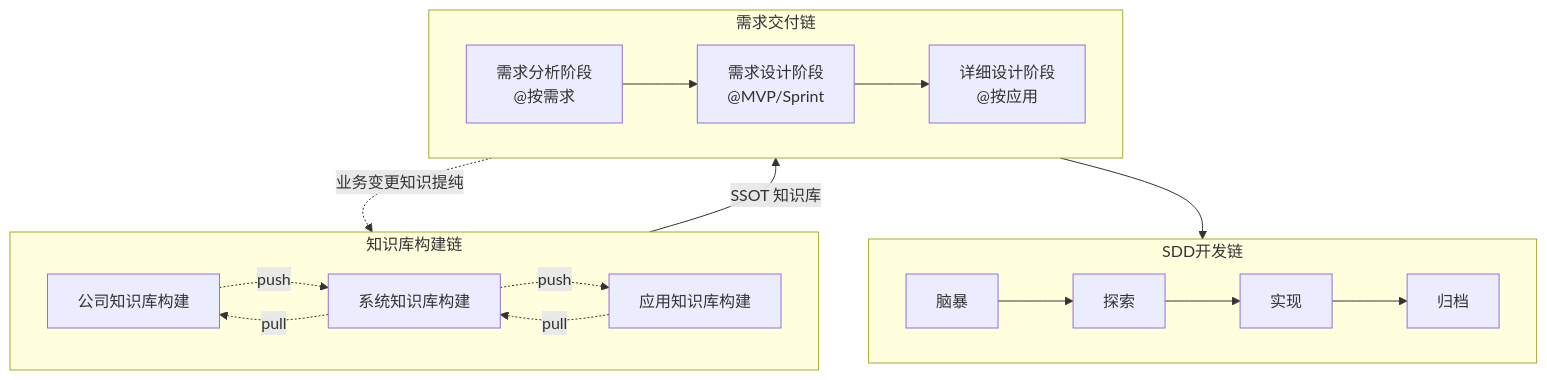
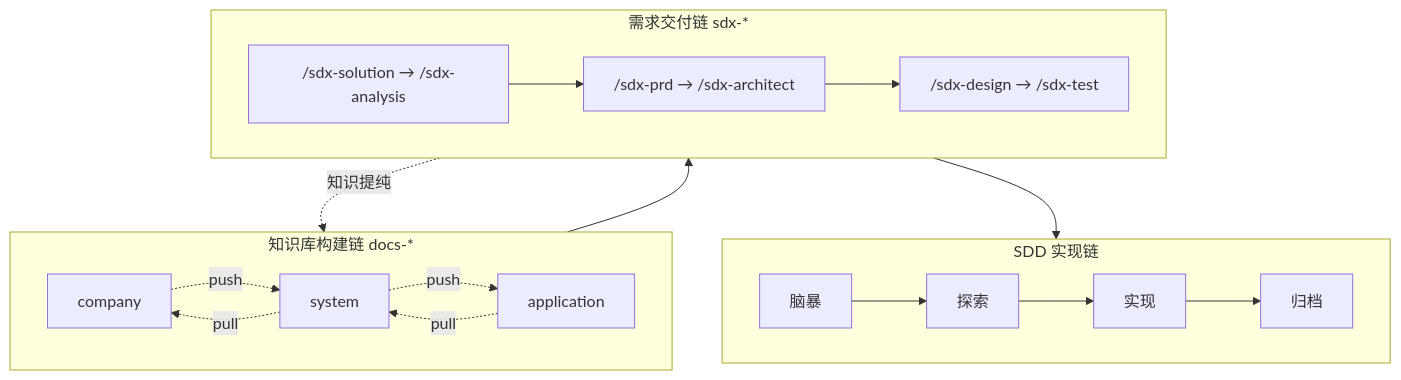
The diagram in README.md (oleewen/ai-knowledge), drawn with Mermaid before and after one commit. The commit also changed other lines of this file and 4 other files, not shown here.

````diff
--- a/README.md
+++ b/README.md
@@ -191,27 +147,18 @@
 ```mermaid
 flowchart TD
-    subgraph KB["知识库构建链"]
+    subgraph KB["知识库构建链 docs-*"]
         direction LR
-        KB_COMPANY["公司知识库构建"]
-        KB_SYSTEM["系统知识库构建"]
-        KB_APP["应用知识库构建"]
-
-        KB_COMPANY -. push .-> KB_SYSTEM -. push .-> KB_APP
-        KB_APP -. pull .-> KB_SYSTEM -. pull .-> KB_COMPANY
+        KB_CO["company"] -. push .-> KB_SYS["system"] -. push .-> KB_APP["application"]
+        KB_APP -. pull .-> KB_SYS -. pull .-> KB_CO
     end
-    subgraph RD["需求交付链"]
+    subgraph RD["需求交付链 sdx-*"]
         direction LR
-        ANALYSIS["需求分析阶段<br/>@按需求"]
-        DESIGN["需求设计阶段<br/>@MVP/Sprint"]
-        DETAIL["详细设计阶段<br/>@按应用"]
-        ANALYSIS --> DESIGN --> DETAIL 
+        RD1["/sdx-solution → /sdx-analysis"] --> RD2["/sdx-prd → /sdx-architect"] --> RD3["/sdx-design → /sdx-test"]
     end
-    subgraph SDD["SDD开发链"]
+    subgraph SDD["SDD 实现链"]
         direction LR
-        I1[脑暴] --> I2[探索] --> I3[实现] --> I4[归档]
+        SDD1["脑暴"] --> SDD2["探索"] --> SDD3["实现"] --> SDD4["归档"]
     end
-
-    RD -. 业务变更知识提纯 .-> KB
-    KB -- SSOT 知识库 --> RD --> SDD
-
+    RD -. 知识提纯 .-> KB
+    KB --> RD --> SDD
 ```
````
